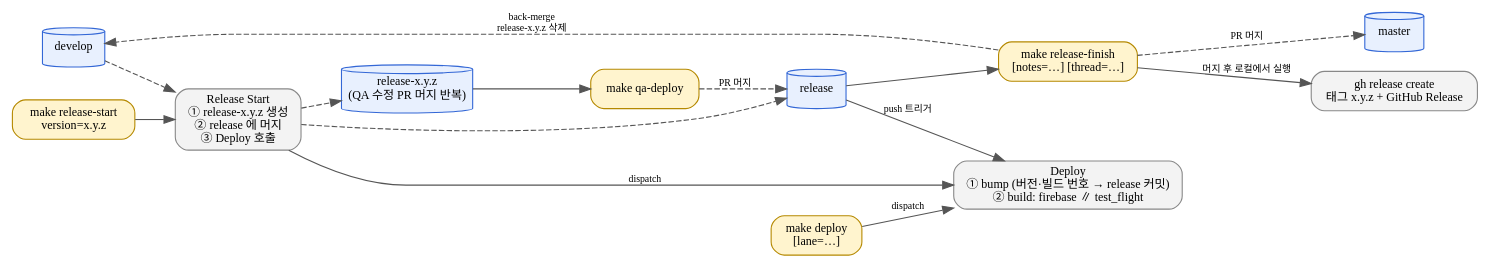
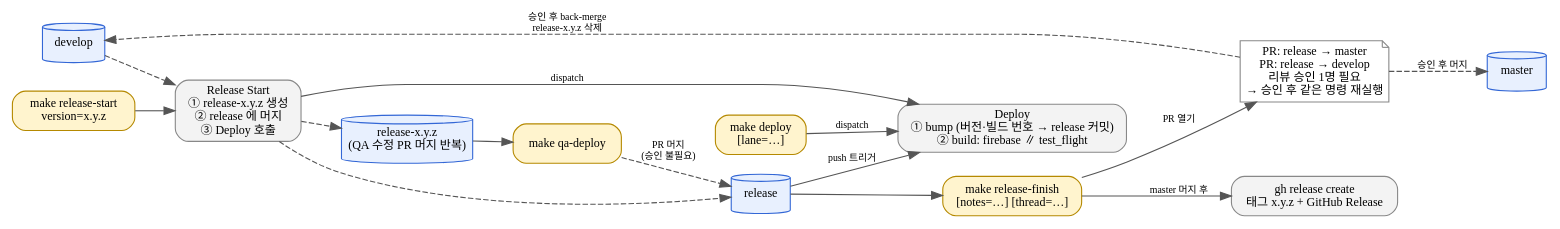
One commit to JunHyeok0206/iOS-release-pipeline-sandbox changed the diagram in docs/github-actions-flow.dot. Above: the diagram before and after it, drawn with Graphviz. The commit also changed 2 other files, not shown here.

Commit message:
docs: 순서도에 release-finish 의 PR 승인 단계와 qa-deploy 승인 불필요 표기

```diff
--- a/docs/github-actions-flow.dot
+++ b/docs/github-actions-flow.dot
@@ -1,44 +1,49 @@
 digraph GitHubActionsFlow {
     rankdir=LR
     fontname="Apple SD Gothic Neo"
     node  [fontname="Apple SD Gothic Neo", fontsize=11]
     edge  [fontname="Apple SD Gothic Neo", fontsize=9, color="#555555"]
 
     // 브랜치
     node [shape=cylinder, style=filled, fillcolor="#E8F0FE", color="#3367D6"]
     develop [label="develop"]
     relx    [label="release-x.y.z\n(QA 수정 PR 머지 반복)"]
     release [label="release"]
     master  [label="master"]
 
     // make 명령어
     node [shape=box, style="rounded,filled", fillcolor="#FFF4CE", color="#B58900"]
     cmd_start  [label="make release-start\nversion=x.y.z"]
     cmd_qa     [label="make qa-deploy"]
     cmd_deploy [label="make deploy\n[lane=…]"]
     cmd_finish [label="make release-finish\n[notes=…] [thread=…]"]
 
     // 워크플로 (gh_rel 은 Makefile 이 로컬에서 실행)
     node [shape=box, style="rounded,filled", fillcolor="#F3F3F3", color="#888888"]
     wf_start  [label="Release Start\n① release-x.y.z 생성\n② release 에 머지\n③ Deploy 호출"]
     wf_deploy [label="Deploy\n① bump (버전·빌드 번호 → release 커밋)\n② build: firebase ∥ test_flight"]
     gh_rel    [label="gh release create\n태그 x.y.z + GitHub Release"]
 
+    // PR (제목·본문은 scripts/pr-body.sh 가 생성)
+    node [shape=note, style="filled", fillcolor="#FFFFFF", color="#888888"]
+    pr_finish [label="PR: release → master\nPR: release → develop\n리뷰 승인 1명 필요\n→ 승인 후 같은 명령 재실행"]
+
     // 흐름
     cmd_start -> wf_start
     develop   -> wf_start [style=dashed]
     wf_start  -> relx     [style=dashed]
     wf_start  -> release  [style=dashed]
     wf_start  -> wf_deploy [label="dispatch"]
 
     relx    -> cmd_qa
-    cmd_qa  -> release   [label="PR 머지", style=dashed]
+    cmd_qa  -> release   [label="PR 머지\n(승인 불필요)", style=dashed]
     release -> wf_deploy [label="push 트리거"]
     cmd_deploy -> wf_deploy [label="dispatch"]
 
     release    -> cmd_finish
-    cmd_finish -> master  [label="PR 머지", style=dashed]
-    cmd_finish -> gh_rel  [label="머지 후 로컬에서 실행"]
-    cmd_finish -> develop [label="back-merge\nrelease-x.y.z 삭제", style=dashed]
+    cmd_finish -> pr_finish [label="PR 열기"]
+    pr_finish  -> master  [label="승인 후 머지", style=dashed]
+    cmd_finish -> gh_rel  [label="master 머지 후"]
+    pr_finish  -> develop [label="승인 후 back-merge\nrelease-x.y.z 삭제", style=dashed]
 
 }
```
